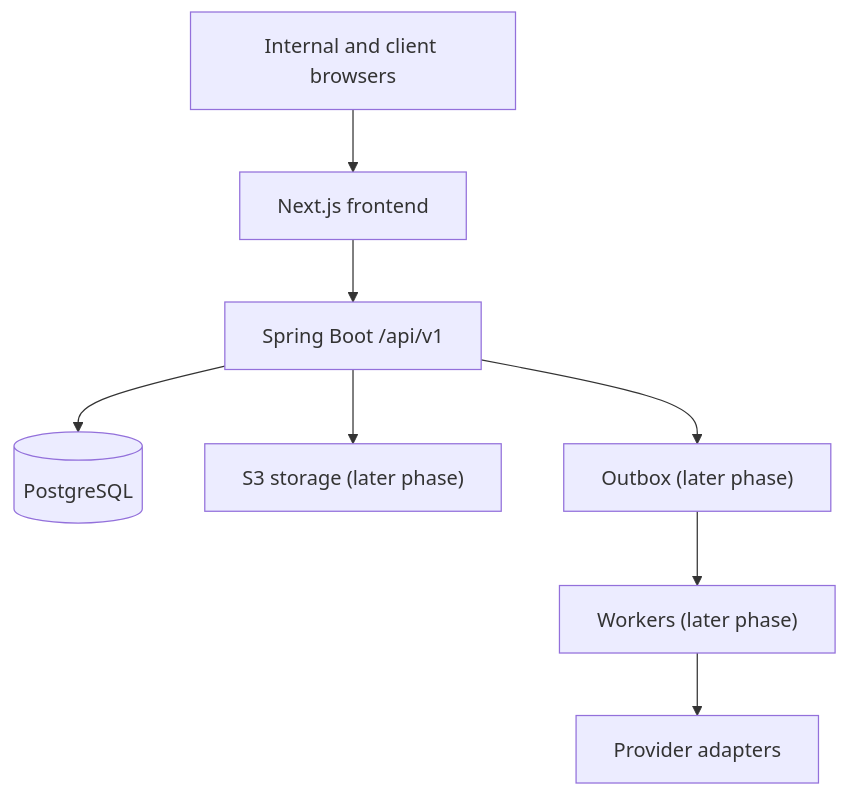
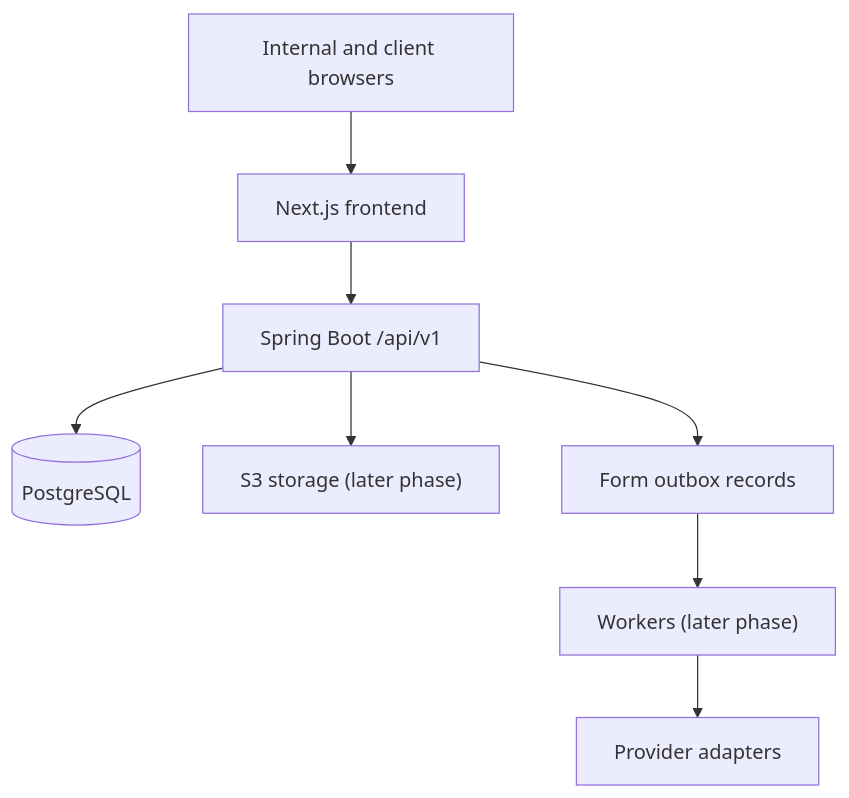
Before and after one commit to JetyChodipilli/Client-Onboarding: the diagram in docs/architecture/README.md, drawn with Mermaid. The commit also changed other lines of this file and 20 other files, not shown here.

Commit message:
Complete form review exceptions, condition validation, and Phase 5 regression gates

````diff
--- a/docs/architecture/README.md
+++ b/docs/architecture/README.md
@@ -7,10 +7,10 @@
 ```mermaid
 flowchart TB
   Browser["Internal and client browsers"] --> Web["Next.js frontend"]
   Web --> API["Spring Boot /api/v1"]
   API --> DB[(PostgreSQL)]
   API --> Store["S3 storage (later phase)"]
-  API --> Outbox["Outbox (later phase)"]
+  API --> Outbox["Form outbox records"]
   Outbox --> Workers["Workers (later phase)"]
   Workers --> Providers["Provider adapters"]
 ```
````
